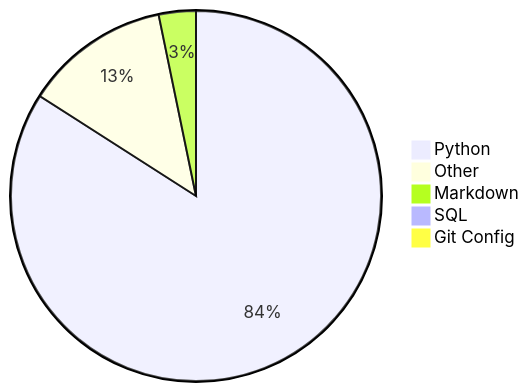
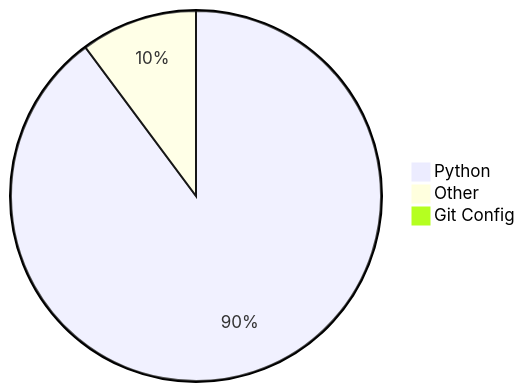
Before and after one commit to Alicia111/alicia111: the diagram in README.md, drawn with Mermaid.

Commit message:
Update WakaTime stats (・ω・)b

````diff
--- a/README.md
+++ b/README.md
@@ -32,8 +32,6 @@
 ```mermaid
 pie
-    "Python" : 83.58
-    "Other" : 12.63
-    "Markdown" : 3.22
-    "SQL" : 0.56
+    "Python" : 89.81
+    "Other" : 10.18
     "Git Config" : 0.01
 ```
````
